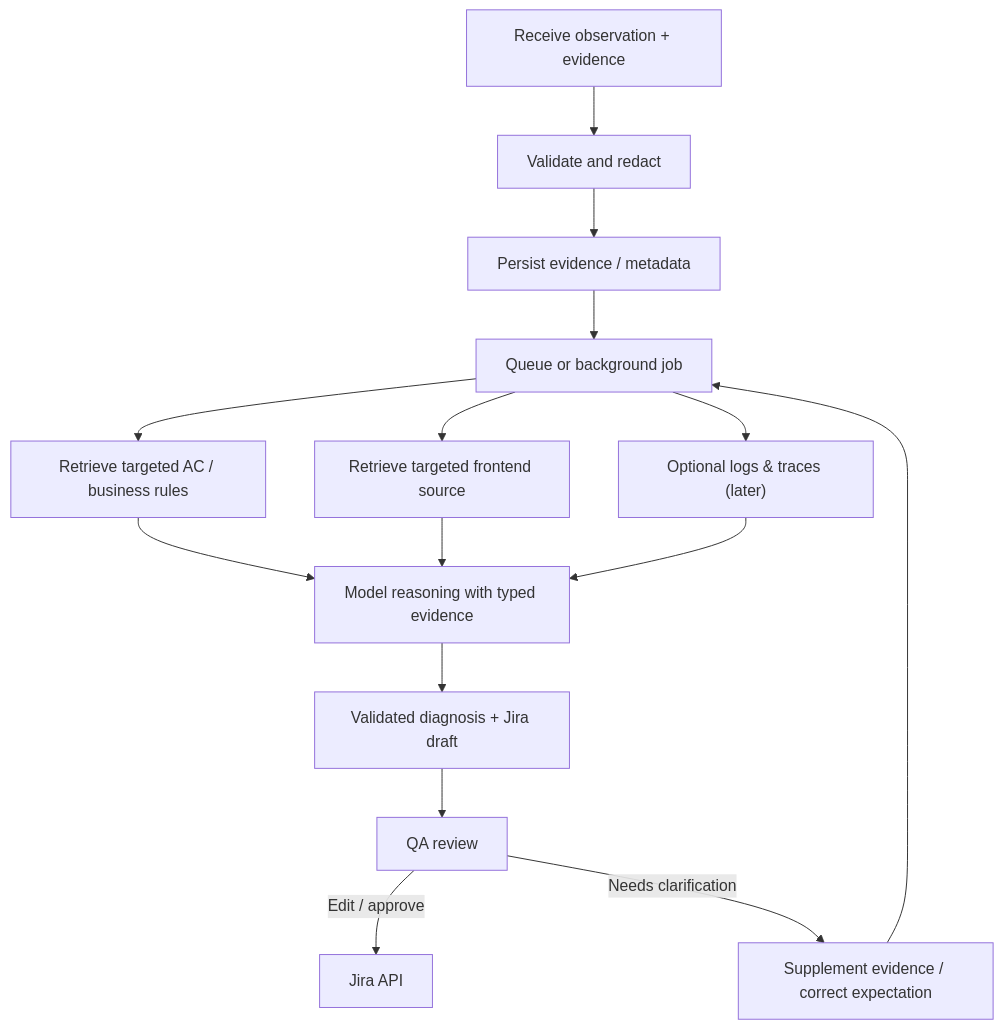
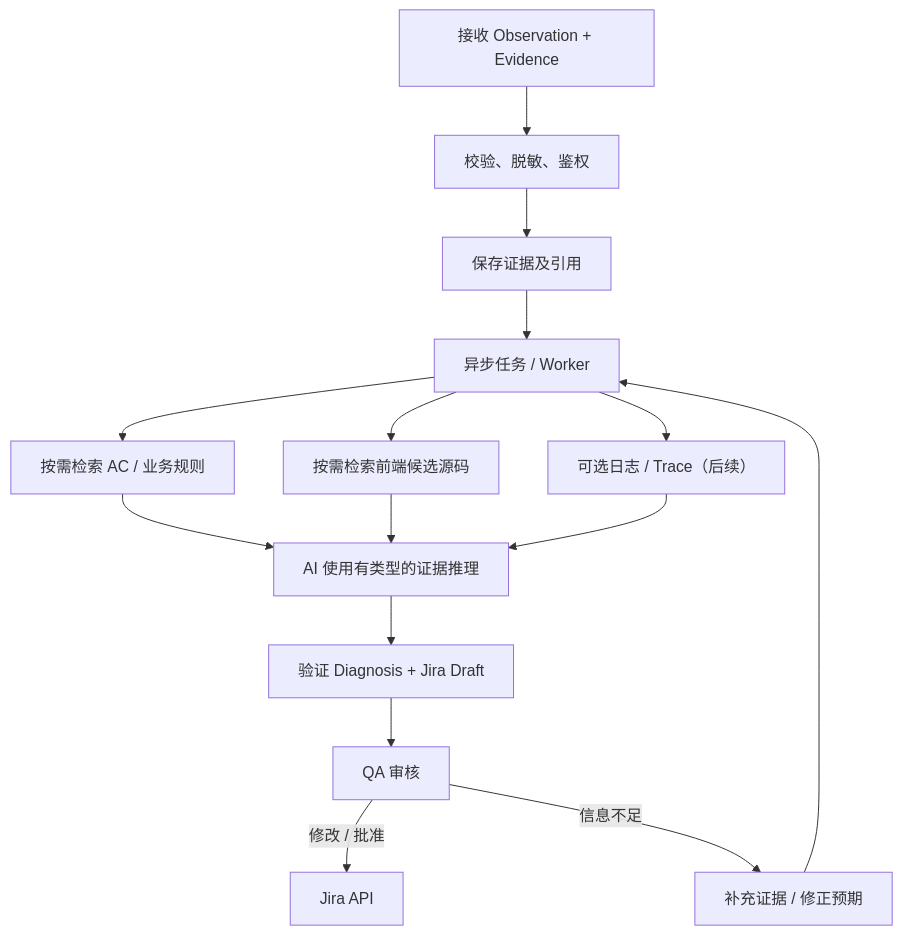
One commit to TaurusWood/agent-workflow-hub changed the second of 2 diagrams in docs/architecture/system-overview.md. Above: the diagram before and after it, drawn with Mermaid. The commit also changed other lines of this file and 21 other files, not shown here.

Commit message:
docs(zh-CN): localize architecture, workflows, decisions and schema examples

```diff
--- a/docs/architecture/system-overview.md
+++ b/docs/architecture/system-overview.md
@@ -47,17 +47,17 @@
 ~~~mermaid
 flowchart TB
-  IN["Receive observation + evidence"] --> VALIDATE["Validate and redact"]
-  VALIDATE --> STORE["Persist evidence / metadata"]
-  STORE --> JOB["Queue or background job"]
-  JOB --> RULES["Retrieve targeted AC / business rules"]
-  JOB --> CODE["Retrieve targeted frontend source"]
-  JOB --> OPTIONAL["Optional logs & traces (later)"]
-  RULES --> AI["Model reasoning with typed evidence"]
+  IN["接收 Observation + Evidence"] --> VALIDATE["校验、脱敏、鉴权"]
+  VALIDATE --> STORE["保存证据及引用"]
+  STORE --> JOB["异步任务 / Worker"]
+  JOB --> RULES["按需检索 AC / 业务规则"]
+  JOB --> CODE["按需检索前端候选源码"]
+  JOB --> OPTIONAL["可选日志 / Trace（后续）"]
+  RULES --> AI["AI 使用有类型的证据推理"]
   CODE --> AI
   OPTIONAL --> AI
-  AI --> REPORT["Validated diagnosis + Jira draft"]
-  REPORT --> QA["QA review"]
-  QA -->|Edit / approve| JIRA["Jira API"]
-  QA -->|Needs clarification| RECAPTURE["Supplement evidence / correct expectation"]
+  AI --> REPORT["验证 Diagnosis + Jira Draft"]
+  REPORT --> QA["QA 审核"]
+  QA -->|修改 / 批准| JIRA["Jira API"]
+  QA -->|信息不足| RECAPTURE["补充证据 / 修正预期"]
   RECAPTURE --> JOB
 ~~~
```
